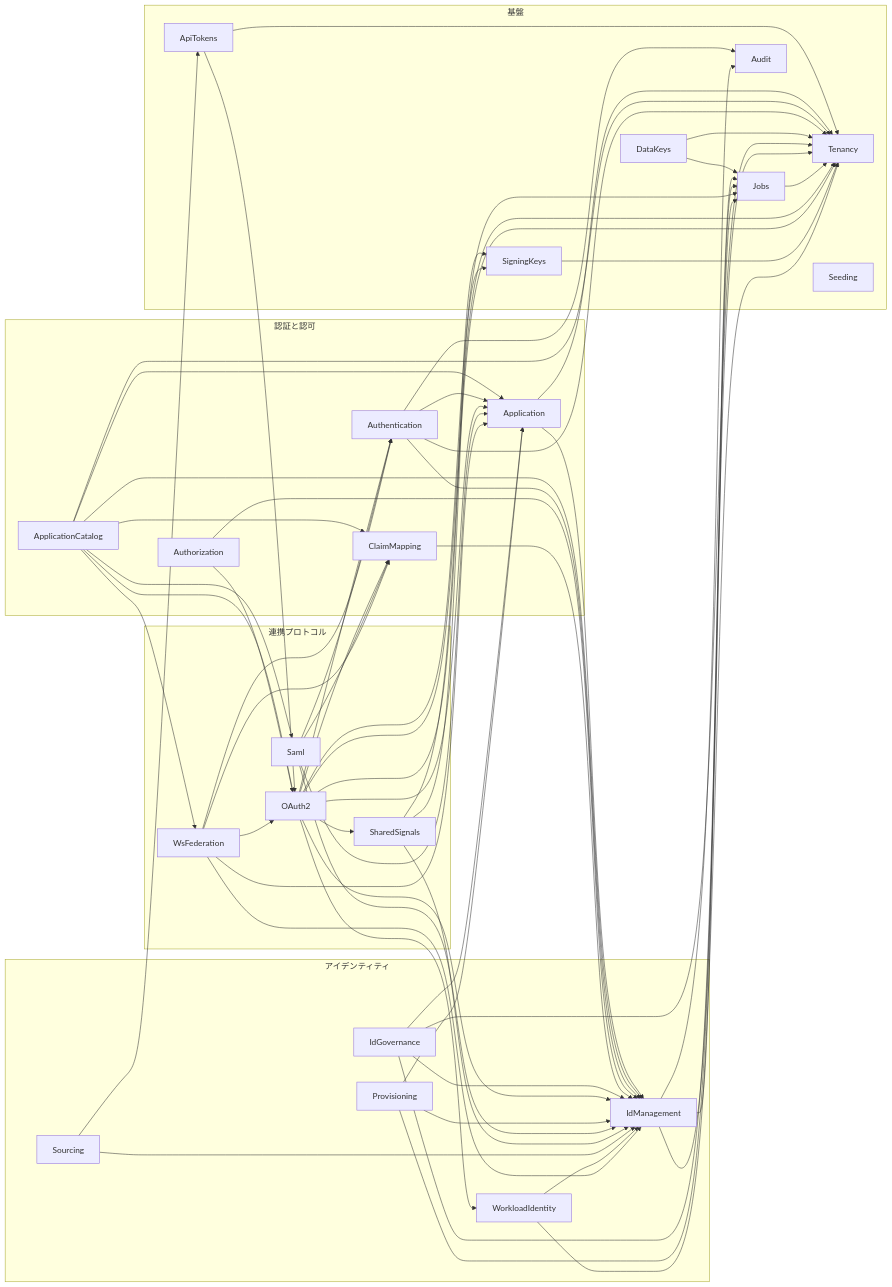
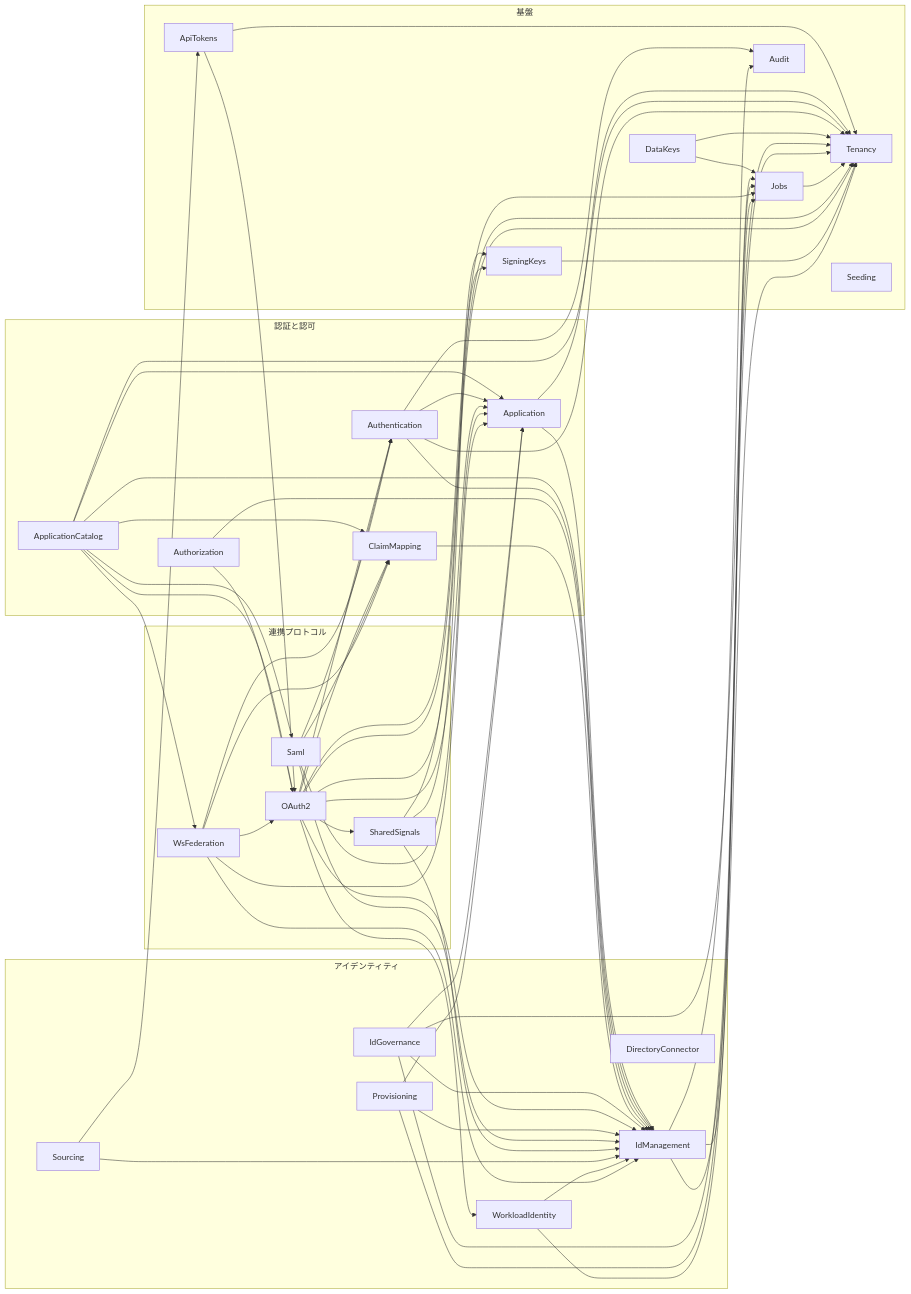
One commit to ambi/idmagic changed the diagram in docs/modules/README.md. Above: the diagram before and after it, drawn with Mermaid. The commit also changed other lines of this file and 39 other files, not shown here.

```diff
--- a/docs/modules/README.md
+++ b/docs/modules/README.md
@@ -112,6 +113,7 @@
     IdManagement
     IdGovernance
     Sourcing
+    DirectoryConnector
     Provisioning
     WorkloadIdentity
   end
```
